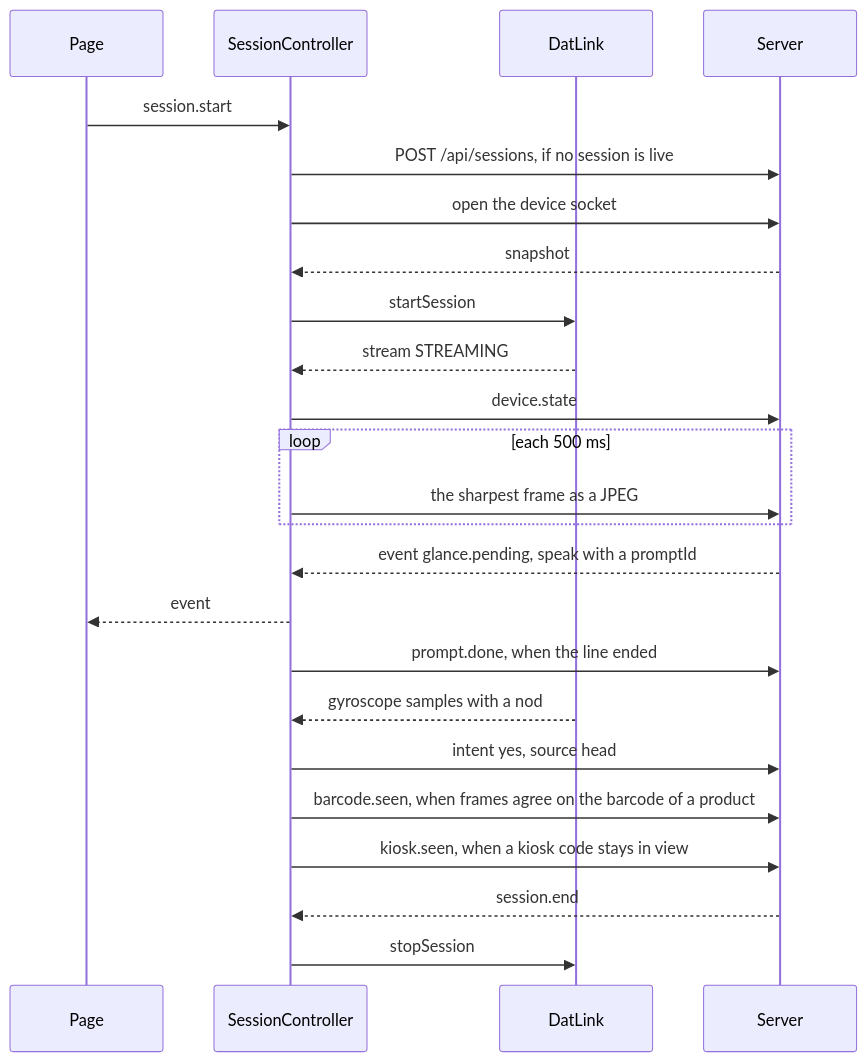
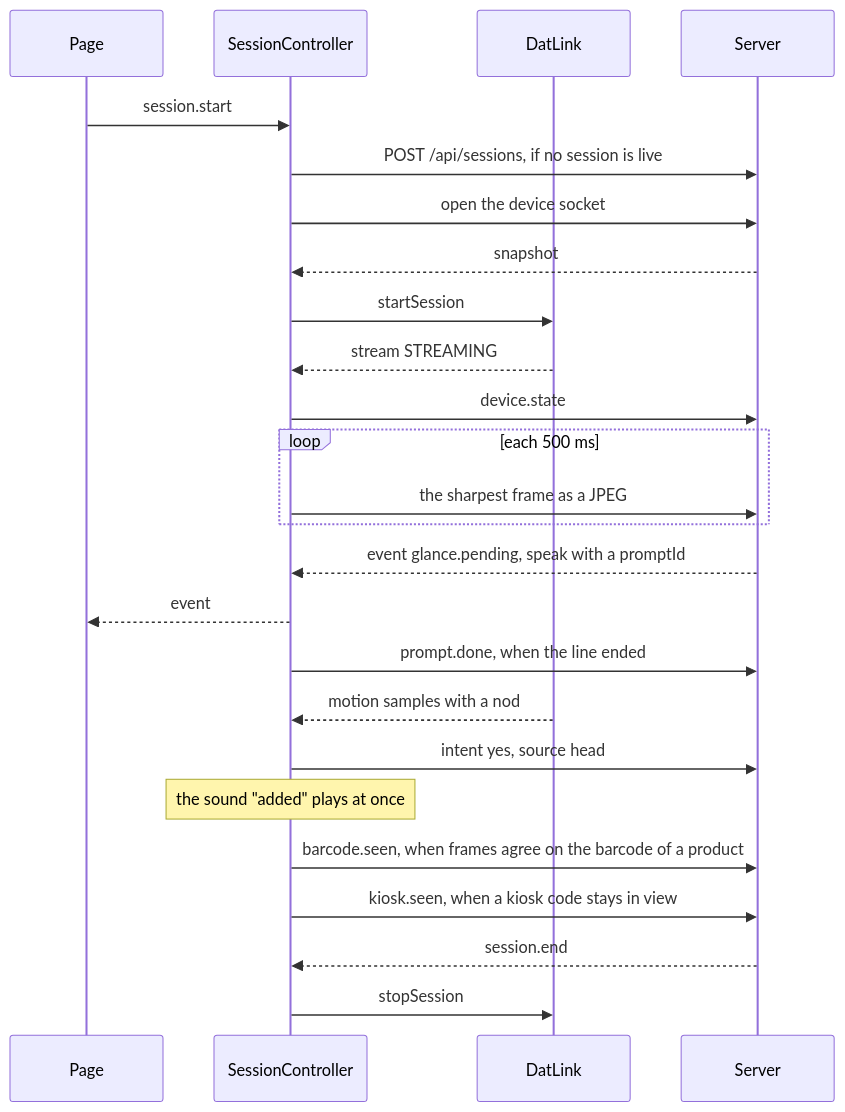
Before and after one commit to mrBymax/glance: the third of 7 diagrams in apps/mobile/android/README.md, drawn with Mermaid. The commit also changed other lines of this file, not shown here.

First line of the commit message:
docs(android): describe the head gestures and how to record real motion

````diff
--- a/apps/mobile/android/README.md
+++ b/apps/mobile/android/README.md
@@ -113,26 +115,27 @@
 ```mermaid
 sequenceDiagram
     participant Page
     participant App as SessionController
     participant Glasses as DatLink
     participant Server
     Page->>App: session.start
     App->>Server: POST /api/sessions, if no session is live
     App->>Server: open the device socket
     Server-->>App: snapshot
     App->>Glasses: startSession
     Glasses-->>App: stream STREAMING
     App->>Server: device.state
     loop each 500 ms
         App->>Server: the sharpest frame as a JPEG
     end
     Server-->>App: event glance.pending, speak with a promptId
     App-->>Page: event
     App->>Server: prompt.done, when the line ended
-    Glasses-->>App: gyroscope samples with a nod
+    Glasses-->>App: motion samples with a nod
     App->>Server: intent yes, source head
+    Note over App: the sound "added" plays at once
     App->>Server: barcode.seen, when frames agree on the barcode of a product
     App->>Server: kiosk.seen, when a kiosk code stays in view
     Server-->>App: session.end
     App->>Glasses: stopSession
 ```
````
